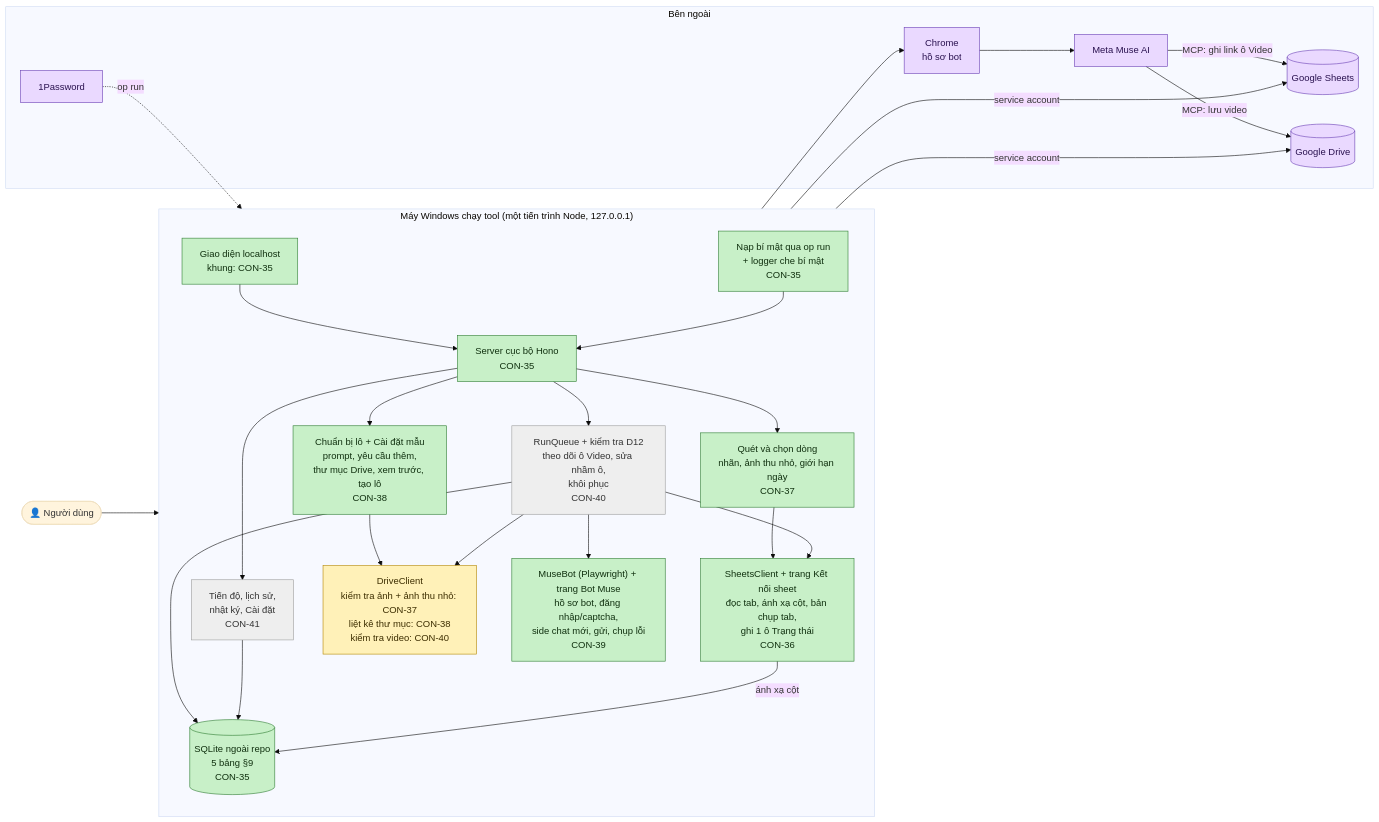
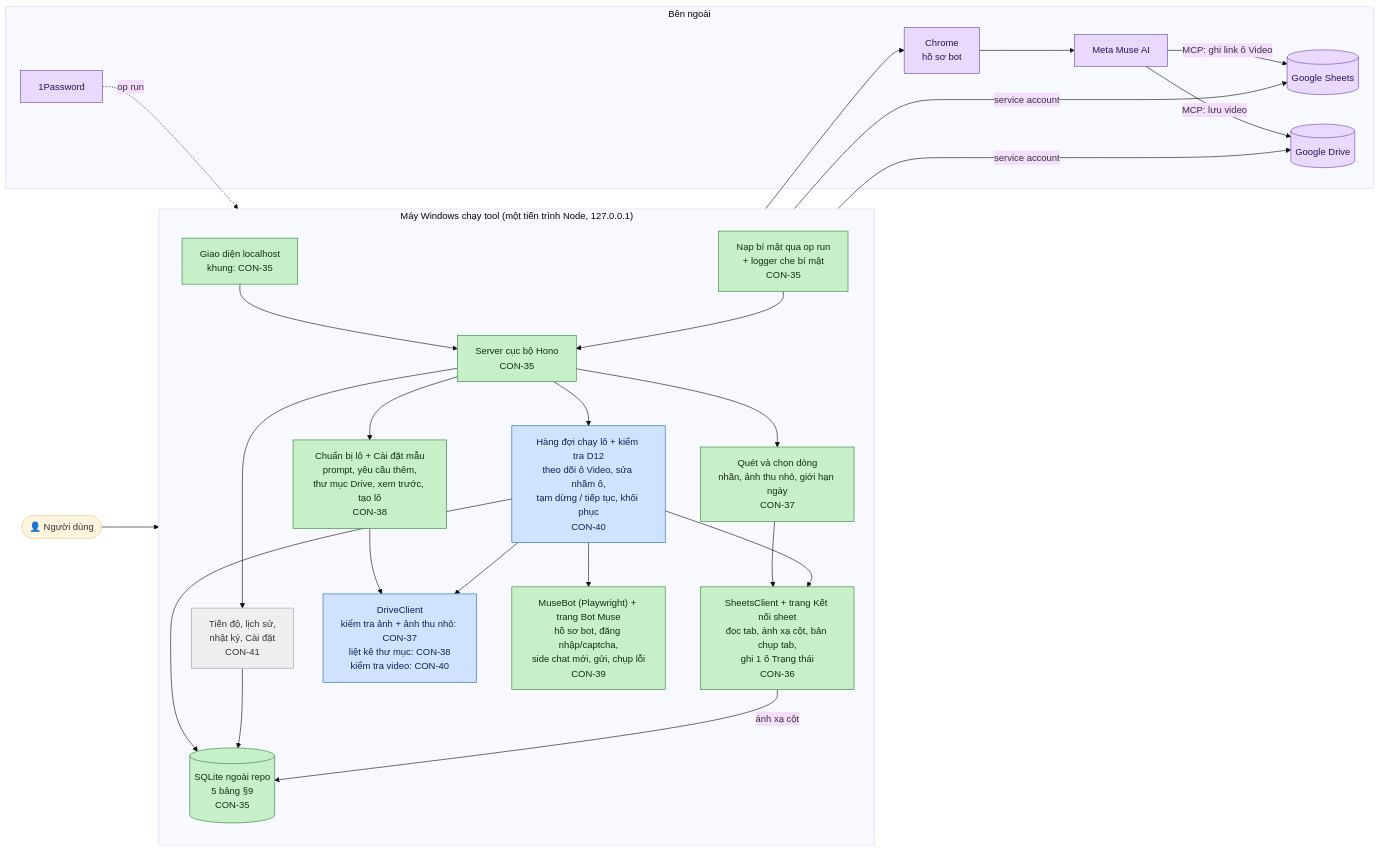
One commit to Bach1711/MASYS-VIDEO-GENERATOR changed the diagram in TIEN-DO.md. Above: the diagram before and after it, drawn with Mermaid (base theme). The commit also changed other lines of this file and 17 other files, not shown here.

First line of the commit message:
feat(con-40): hàng đợi chạy lô — theo dõi ô Video, kiểm tra D12, sửa nhầm ô, tạm dừng/tiếp tục, khôi phục

````diff
--- a/TIEN-DO.md
+++ b/TIEN-DO.md
@@ -17,56 +17,57 @@
 ```mermaid
 flowchart LR
     user(["👤 Người dùng"])
 
     subgraph PC["Máy Windows chạy tool (một tiến trình Node, 127.0.0.1)"]
         direction TB
         ui["Giao diện localhost<br/>khung: CON-35"]
         server["Server cục bộ Hono<br/>CON-35"]
         secrets["Nạp bí mật qua op run<br/>+ logger che bí mật<br/>CON-35"]
         db[("SQLite ngoài repo<br/>5 bảng §9<br/>CON-35")]
 
         sheet["SheetsClient + trang Kết nối sheet<br/>đọc tab, ánh xạ cột, bản chụp tab,<br/>ghi 1 ô Trạng thái<br/>CON-36"]
         scan["Quét và chọn dòng<br/>nhãn, ảnh thu nhỏ, giới hạn ngày<br/>CON-37"]
         editor["Chuẩn bị lô + Cài đặt mẫu<br/>prompt, yêu cầu thêm,<br/>thư mục Drive, xem trước, tạo lô<br/>CON-38"]
         bot["MuseBot (Playwright) + trang Bot Muse<br/>hồ sơ bot, đăng nhập/captcha,<br/>side chat mới, gửi, chụp lỗi<br/>CON-39"]
-        queue["RunQueue + kiểm tra D12<br/>theo dõi ô Video, sửa nhầm ô,<br/>khôi phục<br/>CON-40"]
+        queue["Hàng đợi chạy lô + kiểm tra D12<br/>theo dõi ô Video, sửa nhầm ô,<br/>tạm dừng / tiếp tục, khôi phục<br/>CON-40"]
         drive["DriveClient<br/>kiểm tra ảnh + ảnh thu nhỏ: CON-37<br/>liệt kê thư mục: CON-38<br/>kiểm tra video: CON-40"]
         progress["Tiến độ, lịch sử,<br/>nhật ký, Cài đặt<br/>CON-41"]
     end
 
     subgraph EXT["Bên ngoài"]
         gsheets[("Google Sheets")]
         gdrive[("Google Drive")]
         chrome["Chrome<br/>hồ sơ bot"]
         muse["Meta Muse AI"]
         op["1Password"]
     end
 
     user --> ui --> server
     server --> scan & editor & progress
     scan --> sheet
     editor --> drive
     server --> queue
     queue --> sheet & drive & bot
     queue --> db
     progress --> db
     sheet -- "ánh xạ cột" --> db
     sheet -- "service account" --> gsheets
     drive -- "service account" --> gdrive
     bot --> chrome --> muse
     muse -- "MCP: lưu video" --> gdrive
     muse -- "MCP: ghi link ô Video" --> gsheets
     op -. "op run" .-> secrets --> server
 
     classDef done fill:#c8f0c8,stroke:#2e7d32,color:#10300f
     classDef review fill:#cfe3ff,stroke:#1f5fbf,color:#0c2550
     classDef doing fill:#fff1b8,stroke:#b38600,color:#3d2e00
     classDef todo fill:#eeeeee,stroke:#9e9e9e,color:#333333
     classDef ext fill:#ead9ff,stroke:#6a3fb5,color:#2a1250
 
     class ui,server,secrets,db,sheet,scan,editor done
-    class drive doing
+    class drive review
     class bot done
-    class queue,progress todo
+    class queue review
+    class progress todo
     class gsheets,gdrive,chrome,muse,op ext
 ```
````
